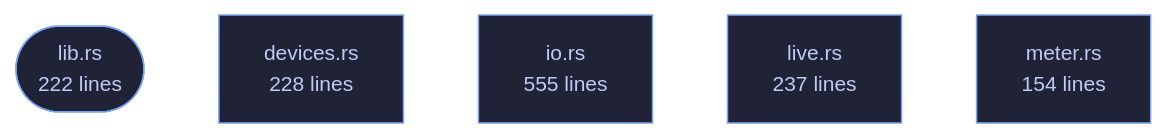
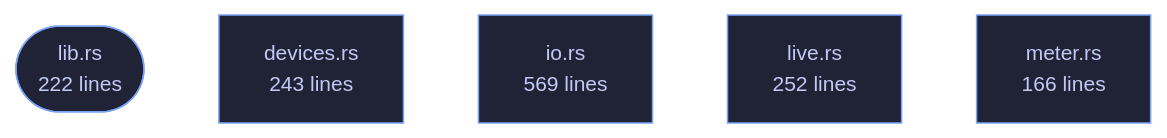
The diagram in wiki/Crate-veilvoice-audio.md (tilas01/veilvoice), drawn with Mermaid before and after one commit. The commit also changed other lines of this file and 487 other files, not shown here.

````diff
--- a/wiki/Crate-veilvoice-audio.md
+++ b/wiki/Crate-veilvoice-audio.md
@@ -67,14 +67,14 @@
 ```mermaid
 %%{init: {"theme":"base","themeVariables":{"background":"#1a1b26","primaryColor":"#1f2335","primaryTextColor":"#c0caf5","primaryBorderColor":"#7aa2f7","secondaryColor":"#16161e","tertiaryColor":"#16161e","lineColor":"#737aa2","textColor":"#c0caf5","mainBkg":"#1f2335","nodeBorder":"#7aa2f7","clusterBkg":"#16161e","clusterBorder":"#2f3549","fontFamily":"ui-monospace, SFMono-Regular, Consolas, monospace","fontSize":"14px"}}}%%
 flowchart TD
     n_lib(["lib.rs<br/>222 lines"])
-    n_devices["devices.rs<br/>228 lines"]
-    n_io["io.rs<br/>555 lines"]
-    n_live["live.rs<br/>237 lines"]
-    n_meter["meter.rs<br/>154 lines"]
+    n_devices["devices.rs<br/>243 lines"]
+    n_io["io.rs<br/>569 lines"]
+    n_live["live.rs<br/>252 lines"]
+    n_meter["meter.rs<br/>166 lines"]
     click n_lib href "https://github.com/tilas01/veilvoice/blob/main/crates/veilvoice-audio/src/lib.rs" "open the source"
     click n_devices href "https://github.com/tilas01/veilvoice/blob/main/crates/veilvoice-audio/src/devices.rs" "open the source"
     click n_io href "https://github.com/tilas01/veilvoice/blob/main/crates/veilvoice-audio/src/io.rs" "open the source"
     click n_live href "https://github.com/tilas01/veilvoice/blob/main/crates/veilvoice-audio/src/live.rs" "open the source"
     click n_meter href "https://github.com/tilas01/veilvoice/blob/main/crates/veilvoice-audio/src/meter.rs" "open the source"
 ```
````
